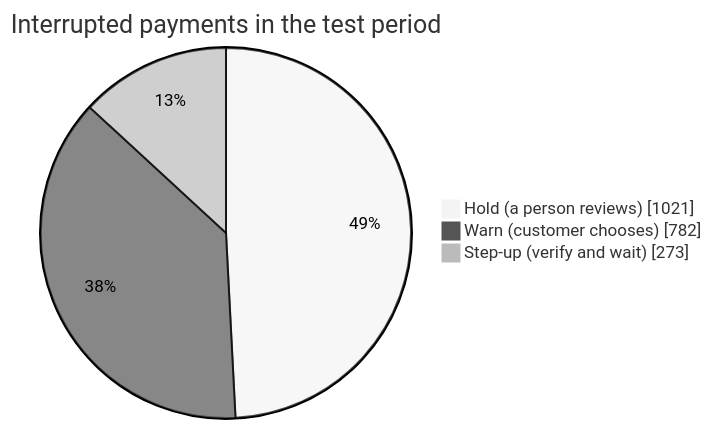
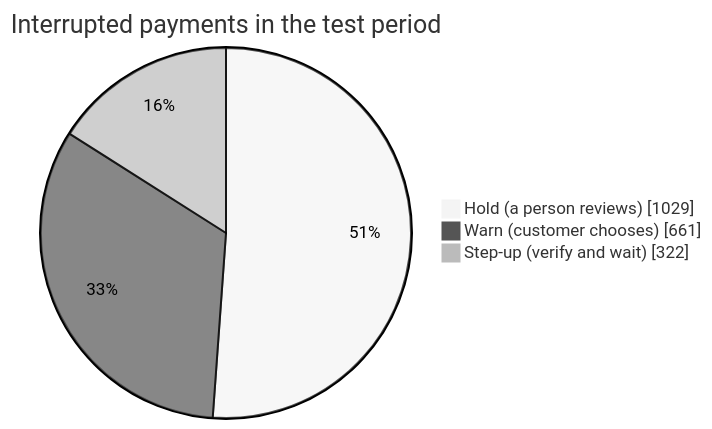
One commit to 0xdevabir/FraudLens changed the sixth of 7 diagrams in README.md. Above: the diagram before and after it, drawn with Mermaid (neutral theme). The commit also changed other lines of this file and 19 other files, not shown here.

````diff
--- a/README.md
+++ b/README.md
@@ -212,7 +212,7 @@
 ```mermaid
 pie showData
     title Interrupted payments in the test period
-    "Hold (a person reviews)" : 1021
-    "Warn (customer chooses)" : 782
-    "Step-up (verify and wait)" : 273
+    "Hold (a person reviews)" : 1029
+    "Warn (customer chooses)" : 661
+    "Step-up (verify and wait)" : 322
 ```
````
